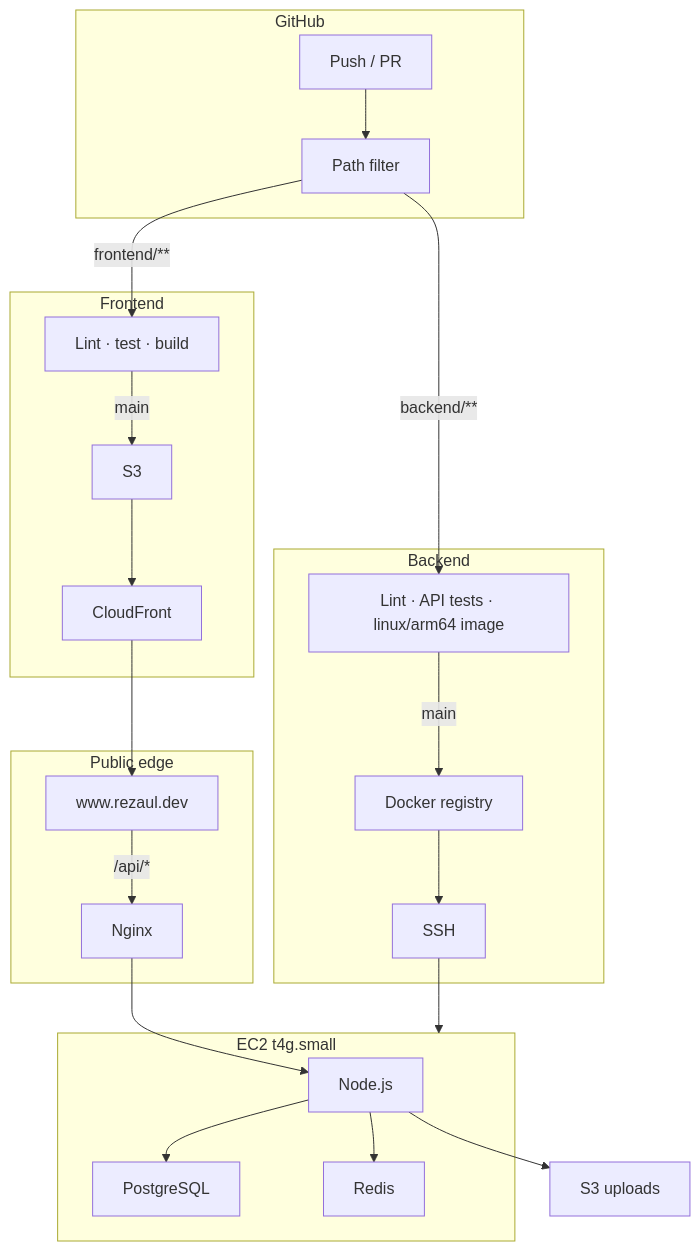
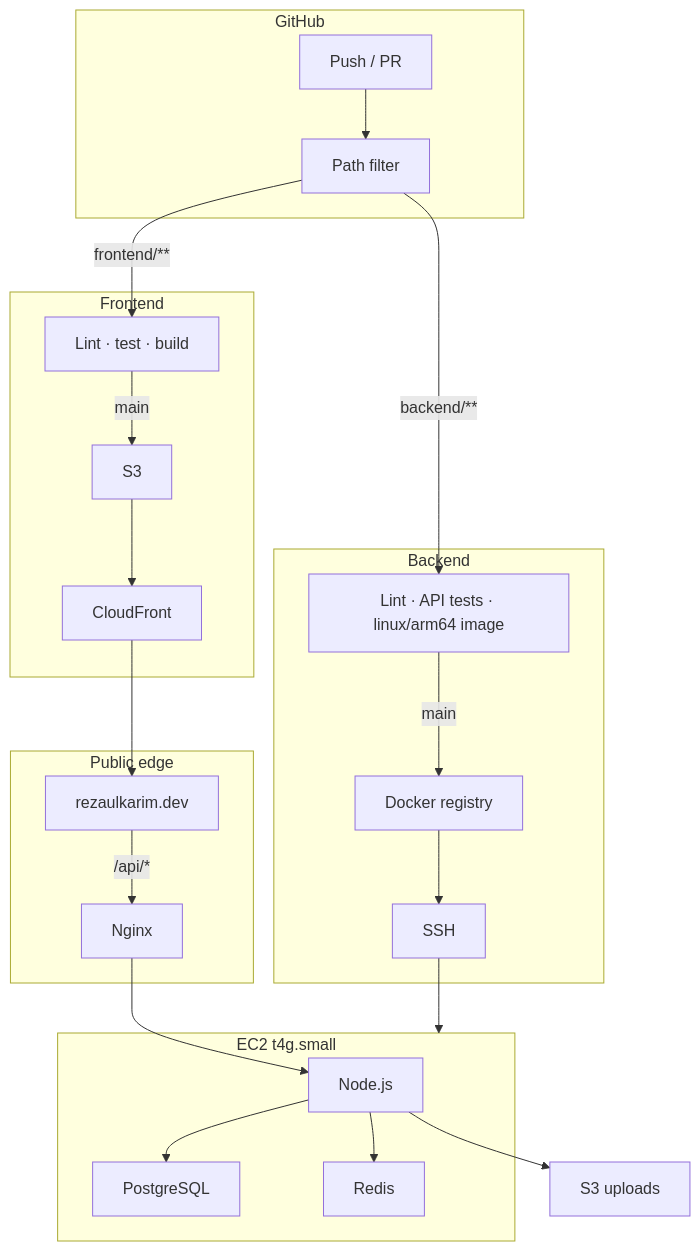
One commit to cse21program/portfolio changed the diagram in README.md. Above: the diagram before and after it, drawn with Mermaid. The commit also changed other lines of this file and 13 other files, not shown here.

````diff
--- a/README.md
+++ b/README.md
@@ -55,43 +55,43 @@
 ```mermaid
 flowchart TB
   subgraph github [GitHub]
     Push["Push / PR"]
     Detect["Path filter"]
     Push --> Detect
   end
 
   subgraph frontendPipeline [Frontend]
     FeVal["Lint · test · build"]
     S3["S3"]
     CF["CloudFront"]
     Detect -->|frontend/**| FeVal
     FeVal -->|main| S3 --> CF
   end
 
   subgraph backendPipeline [Backend]
     BeVal["Lint · API tests · linux/arm64 image"]
     Registry["Docker registry"]
     SSH["SSH"]
     Detect -->|backend/**| BeVal
     BeVal -->|main| Registry --> SSH
   end
 
   subgraph edge [Public edge]
-    WWW["www.rezaul.dev"]
-    CF --> WWW
-    WWW -->|/api/*| Nginx
+    Apex["rezaulkarim.dev"]
+    CF --> Apex
+    Apex -->|/api/*| Nginx
   end
 
   subgraph ec2 [EC2 t4g.small]
     Nginx["Nginx"]
     API["Node.js"]
     PG["PostgreSQL"]
     Redis["Redis"]
     Nginx --> API
     API --> PG
     API --> Redis
   end
 
   SSH --> ec2
   API --> Uploads["S3 uploads"]
 ```
````
